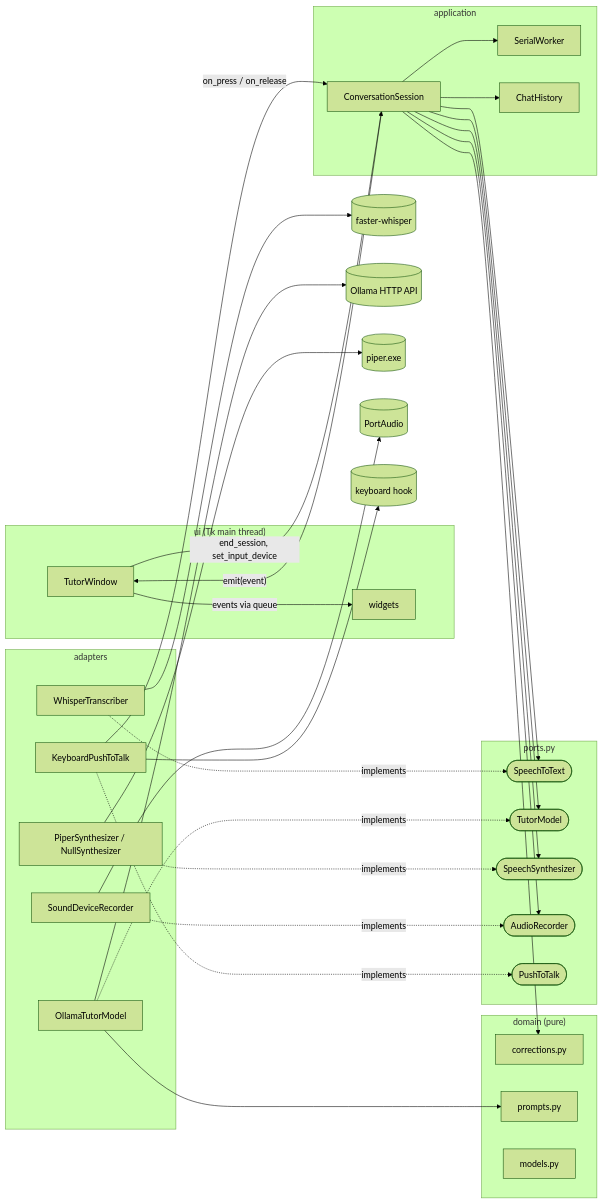
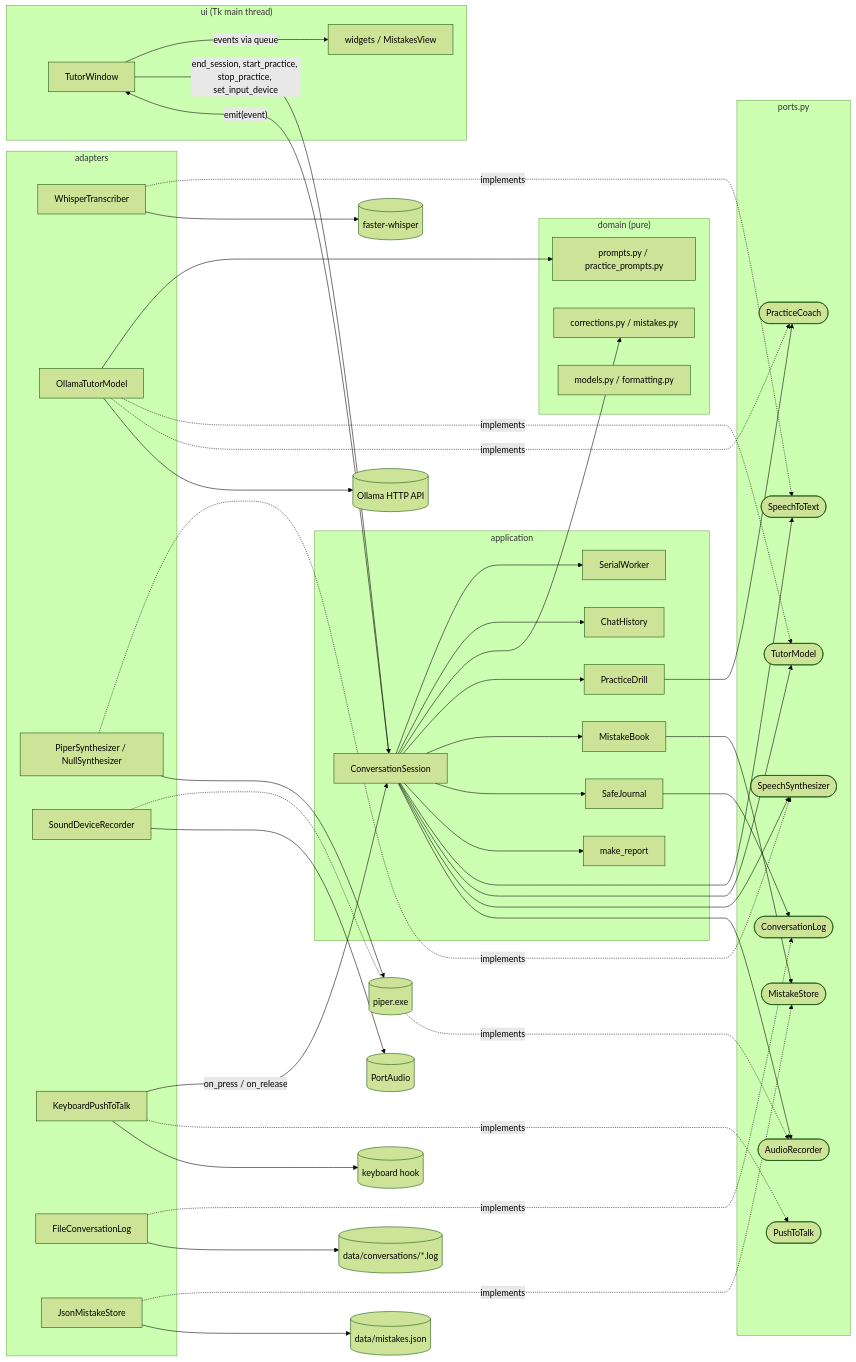
One commit to mauroturner/local-ai-english-tutor changed the first of 2 diagrams in docs/architecture.md. Above: the diagram before and after it, drawn with Mermaid (forest theme). The commit also changed other lines of this file and 6 other files, not shown here.

````diff
--- a/docs/architecture.md
+++ b/docs/architecture.md
@@ -24,61 +24,82 @@
 ```mermaid
 flowchart LR
     subgraph UI["ui (Tk main thread)"]
         Window["TutorWindow"]
-        Widgets["widgets"]
+        Widgets["widgets / MistakesView"]
     end
 
     subgraph APP["application"]
         Session["ConversationSession"]
         Worker["SerialWorker"]
         History["ChatHistory"]
+        Drill["PracticeDrill"]
+        Book["MistakeBook"]
+        Journal["SafeJournal"]
+        Report["make_report"]
     end
 
     subgraph DOMAIN["domain (pure)"]
-        Rules["corrections.py"]
-        Prompts["prompts.py"]
-        Models["models.py"]
+        Rules["corrections.py / mistakes.py"]
+        Prompts["prompts.py / practice_prompts.py"]
+        Models["models.py / formatting.py"]
     end
 
     subgraph PORTS["ports.py"]
         STT(["SpeechToText"])
         LLM(["TutorModel"])
+        COACH(["PracticeCoach"])
         TTS(["SpeechSynthesizer"])
         REC(["AudioRecorder"])
         PTT(["PushToTalk"])
+        LOG(["ConversationLog"])
+        STORE(["MistakeStore"])
     end
 
     subgraph ADAPTERS["adapters"]
         Whisper["WhisperTranscriber"]
         Ollama["OllamaTutorModel"]
         Piper["PiperSynthesizer / NullSynthesizer"]
         SD["SoundDeviceRecorder"]
         KB["KeyboardPushToTalk"]
+        FLog["FileConversationLog"]
+        JStore["JsonMistakeStore"]
     end
 
     Window -- "events via queue" --> Widgets
     Session -- "emit(event)" --> Window
-    Window -- "end_session, set_input_device" --> Session
+    Window -- "end_session, start_practice, stop_practice, set_input_device" --> Session
     KB -- "on_press / on_release" --> Session
 
     Session --> Worker
     Session --> History
     Session --> Rules
+    Session --> Drill
+    Session --> Book
+    Session --> Journal
+    Session --> Report
     Session --> STT
     Session --> LLM
     Session --> TTS
     Session --> REC
+    Drill --> COACH
+    Book --> STORE
+    Journal --> LOG
     Ollama --> Prompts
 
     Whisper -. implements .-> STT
     Ollama -. implements .-> LLM
+    Ollama -. implements .-> COACH
     Piper -. implements .-> TTS
     SD -. implements .-> REC
     KB -. implements .-> PTT
+    FLog -. implements .-> LOG
+    JStore -. implements .-> STORE
 
     Whisper --> FW[("faster-whisper")]
     Ollama --> OLL[("Ollama HTTP API")]
     Piper --> EXE[("piper.exe")]
     SD --> PA[("PortAudio")]
     KB --> HOOK[("keyboard hook")]
+    FLog --> FILES[("data/conversations/*.log")]
+    JStore --> JSON[("data/mistakes.json")]
 ```
````
